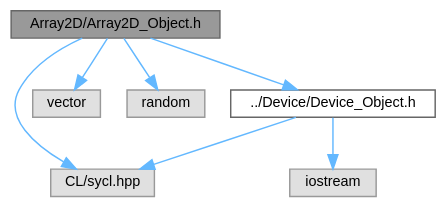
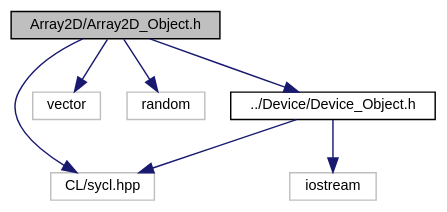
The diagram in docs/PySYCL_doxygen_html/_array2_d___object_8h__incl.dot (OsmanAEG/PySYCL), drawn with Graphviz before and after one commit. The commit also changed 129 other files, not shown here.

```diff
--- a/docs/PySYCL_doxygen_html/_array2_d___object_8h__incl.dot
+++ b/docs/PySYCL_doxygen_html/_array2_d___object_8h__incl.dot
@@ -1,20 +1,20 @@
 digraph "Array2D/Array2D_Object.h"
 {
  // INTERACTIVE_SVG=YES
  // LATEX_PDF_SIZE
   bgcolor="transparent";
-  edge [fontname=Helvetica,fontsize=10,labelfontname=Helvetica,labelfontsize=10];
-  node [fontname=Helvetica,fontsize=10,shape=box,height=0.2,width=0.4];
-  Node1 [id="Node000001",label="Array2D/Array2D_Object.h",height=0.2,width=0.4,color="gray40", fillcolor="grey60", style="filled", fontcolor="black",tooltip="Array2D in PySYCL."];
-  Node1 -> Node2 [id="edge1_Node000001_Node000002",color="steelblue1",style="solid",tooltip=" "];
-  Node2 [id="Node000002",label="CL/sycl.hpp",height=0.2,width=0.4,color="grey60", fillcolor="#E0E0E0", style="filled",tooltip=" "];
-  Node1 -> Node3 [id="edge2_Node000001_Node000003",color="steelblue1",style="solid",tooltip=" "];
-  Node3 [id="Node000003",label="vector",height=0.2,width=0.4,color="grey60", fillcolor="#E0E0E0", style="filled",tooltip=" "];
-  Node1 -> Node4 [id="edge3_Node000001_Node000004",color="steelblue1",style="solid",tooltip=" "];
-  Node4 [id="Node000004",label="random",height=0.2,width=0.4,color="grey60", fillcolor="#E0E0E0", style="filled",tooltip=" "];
-  Node1 -> Node5 [id="edge4_Node000001_Node000005",color="steelblue1",style="solid",tooltip=" "];
-  Node5 [id="Node000005",label="../Device/Device_Object.h",height=0.2,width=0.4,color="grey40", fillcolor="white", style="filled",URL="$_device___object_8h.html",tooltip="SYCL device selection in PySYCL."];
-  Node5 -> Node6 [id="edge5_Node000005_Node000006",color="steelblue1",style="solid",tooltip=" "];
-  Node6 [id="Node000006",label="iostream",height=0.2,width=0.4,color="grey60", fillcolor="#E0E0E0", style="filled",tooltip=" "];
-  Node5 -> Node2 [id="edge6_Node000005_Node000002",color="steelblue1",style="solid",tooltip=" "];
+  edge [fontname="Helvetica",fontsize="10",labelfontname="Helvetica",labelfontsize="10"];
+  node [fontname="Helvetica",fontsize="10",shape=record];
+  Node1 [label="Array2D/Array2D_Object.h",height=0.2,width=0.4,color="black", fillcolor="grey75", style="filled", fontcolor="black",tooltip="Array2D in PySYCL."];
+  Node1 -> Node2 [color="midnightblue",fontsize="10",style="solid",fontname="Helvetica"];
+  Node2 [label="CL/sycl.hpp",height=0.2,width=0.4,color="grey75",tooltip=" "];
+  Node1 -> Node3 [color="midnightblue",fontsize="10",style="solid",fontname="Helvetica"];
+  Node3 [label="vector",height=0.2,width=0.4,color="grey75",tooltip=" "];
+  Node1 -> Node4 [color="midnightblue",fontsize="10",style="solid",fontname="Helvetica"];
+  Node4 [label="random",height=0.2,width=0.4,color="grey75",tooltip=" "];
+  Node1 -> Node5 [color="midnightblue",fontsize="10",style="solid",fontname="Helvetica"];
+  Node5 [label="../Device/Device_Object.h",height=0.2,width=0.4,color="black",URL="$_device___object_8h.html",tooltip="Device object for device selection in PySYCL."];
+  Node5 -> Node6 [color="midnightblue",fontsize="10",style="solid",fontname="Helvetica"];
+  Node6 [label="iostream",height=0.2,width=0.4,color="grey75",tooltip=" "];
+  Node5 -> Node2 [color="midnightblue",fontsize="10",style="solid",fontname="Helvetica"];
 }
```
